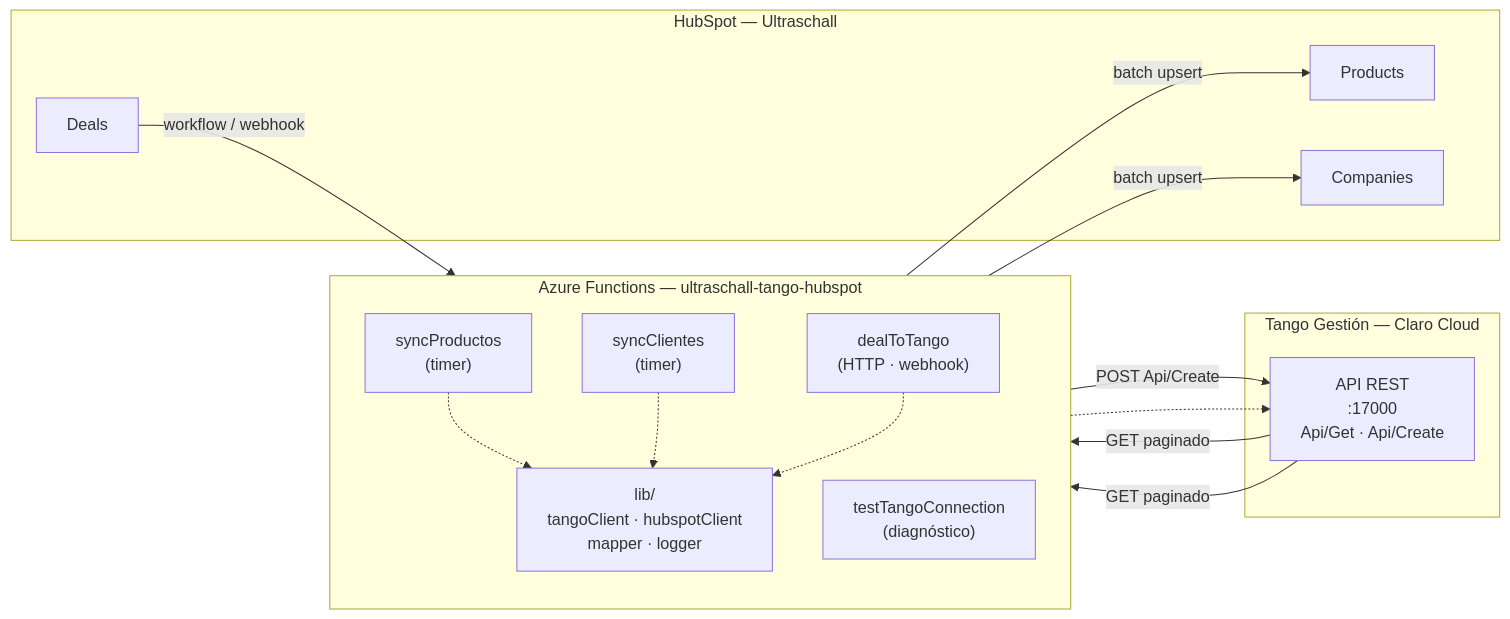
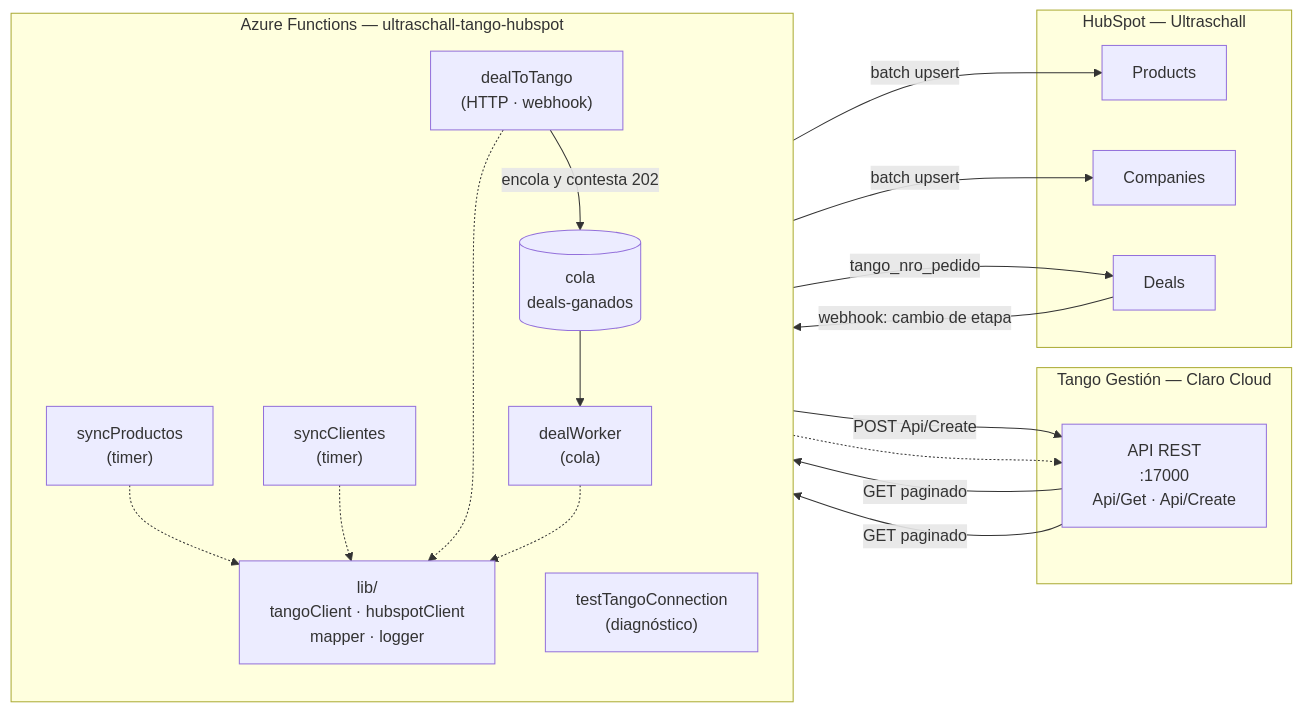
One commit to IdPartnersGlobal/Ultraschall_---_HubSpot-Tango changed the diagram in docs/ARQUITECTURA.md. Above: the diagram before and after it, drawn with Mermaid. The commit also changed other lines of this file, not shown here.

````diff
--- a/docs/ARQUITECTURA.md
+++ b/docs/ARQUITECTURA.md
@@ -70,29 +70,34 @@
 ```mermaid
 flowchart LR
     subgraph TANGO["Tango Gestión — Claro Cloud"]
         TAPI["API REST\n:17000\nApi/Get · Api/Create"]
     end
 
     subgraph AZURE["Azure Functions — ultraschall-tango-hubspot"]
         direction TB
         SYNCP["syncProductos\n(timer)"]
         SYNCC["syncClientes\n(timer)"]
         DEALS["dealToTango\n(HTTP · webhook)"]
+        COLA[("cola\ndeals-ganados")]
+        WORK["dealWorker\n(cola)"]
         DIAG["testTangoConnection\n(diagnóstico)"]
         LIB["lib/\ntangoClient · hubspotClient\nmapper · logger"]
     end
 
     subgraph HS["HubSpot — Ultraschall"]
         PROD["Products"]
         COMP["Companies"]
         DEAL["Deals"]
     end
 
     TAPI -->|"GET paginado"| SYNCP & SYNCC
     SYNCP -->|"batch upsert"| PROD
     SYNCC -->|"batch upsert"| COMP
-    DEAL -->|"workflow / webhook"| DEALS
-    DEALS -->|"POST Api/Create"| TAPI
-    SYNCP & SYNCC & DEALS -.-> LIB
+    DEAL -->|"webhook: cambio de etapa"| DEALS
+    DEALS -->|"encola y contesta 202"| COLA
+    COLA --> WORK
+    WORK -->|"POST Api/Create"| TAPI
+    WORK -->|"tango_nro_pedido"| DEAL
+    SYNCP & SYNCC & DEALS & WORK -.-> LIB
     DIAG -.-> TAPI
 ```
````
